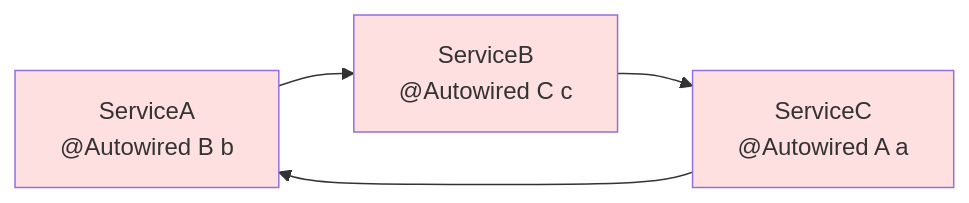
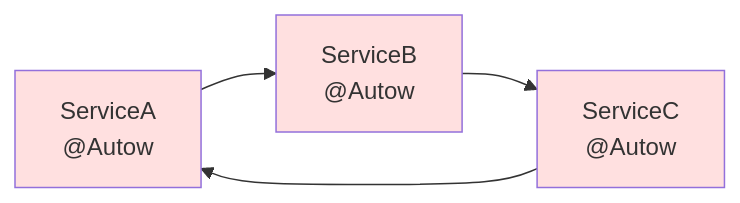
The seventh of 7 diagrams in _posts/spring/2026-05-01-spring-ioc-di.md (yjkim2015/yjkim2015.github.io), drawn with Mermaid before and after one commit. The commit also changed other lines of this file and 271 other files, not shown here.

First line of the commit message:
Mermaid 라벨 축소: 긴 노드 텍스트 18자 이하로 트림 + \n 제거

````diff
--- a/_posts/spring/2026-05-01-spring-ioc-di.md
+++ b/_posts/spring/2026-05-01-spring-ioc-di.md
@@ -465,9 +465,9 @@
 ```mermaid
 graph LR
-    A["ServiceA<br>@Autowired B b"] --> B["ServiceB<br>@Autowired C c"]
-    B --> C["ServiceC<br>@Autowired A a"]
+    A["ServiceA<br>@Autow"] --> B["ServiceB<br>@Autow"]
+    B --> C["ServiceC<br>@Autow"]
     C --> A
     style A fill:#ffe0e0
     style B fill:#ffe0e0
     style C fill:#ffe0e0
 ```
````
